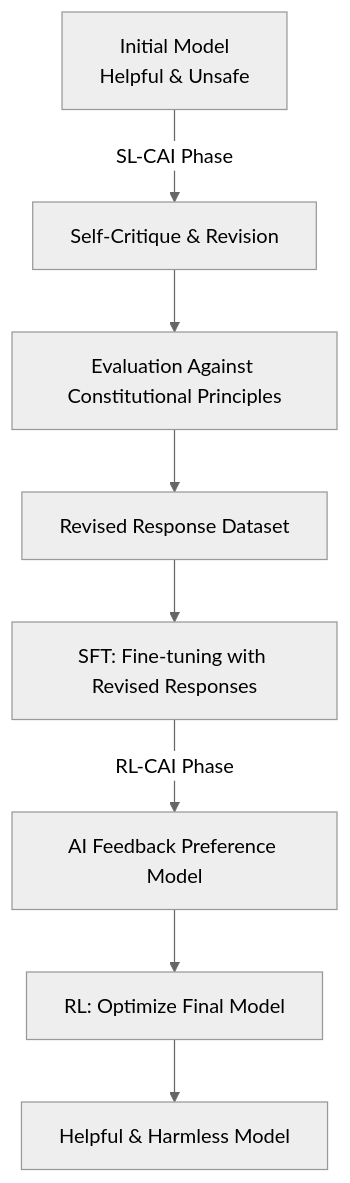
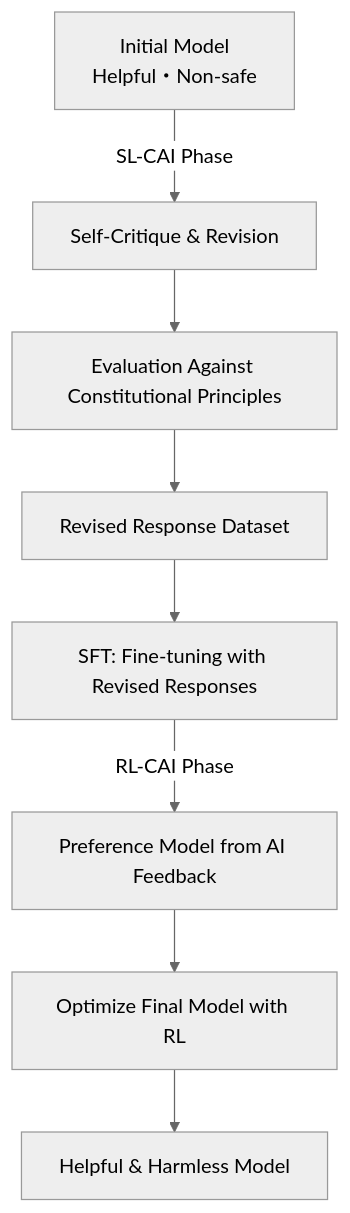
The first of 2 diagrams in articles/en/2026-03-18-anthropic-constitutional-ai-cc0-open.md (no-problem-dev/rick-brick-content), drawn with Mermaid (neutral theme) before and after one commit. The commit also changed other lines of this file and 126 other files, not shown here.

````diff
--- a/articles/en/2026-03-18-anthropic-constitutional-ai-cc0-open.md
+++ b/articles/en/2026-03-18-anthropic-constitutional-ai-cc0-open.md
@@ -28,10 +28,10 @@
 ```mermaid
 graph TD
-    A[Initial Model\nHelpful & Unsafe] -->|SL-CAI Phase| B[Self-Critique & Revision]
+    A[Initial Model\nHelpful・Non-safe] -->|SL-CAI Phase| B[Self-Critique & Revision]
     B --> C[Evaluation Against Constitutional Principles]
     C --> D[Revised Response Dataset]
     D --> E[SFT: Fine-tuning with Revised Responses]
-    E -->|RL-CAI Phase| F[AI Feedback Preference Model]
-    F --> G[RL: Optimize Final Model]
+    E -->|RL-CAI Phase| F[Preference Model from AI Feedback]
+    F --> G[Optimize Final Model with RL]
     G --> H[Helpful & Harmless Model]
 ```
````
